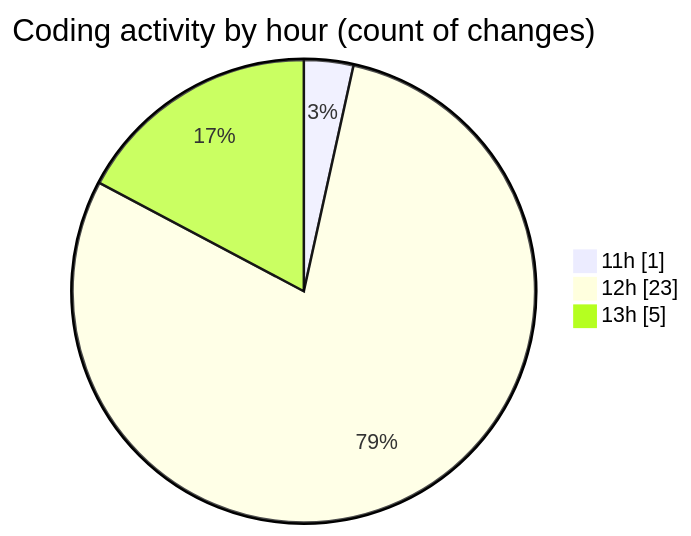
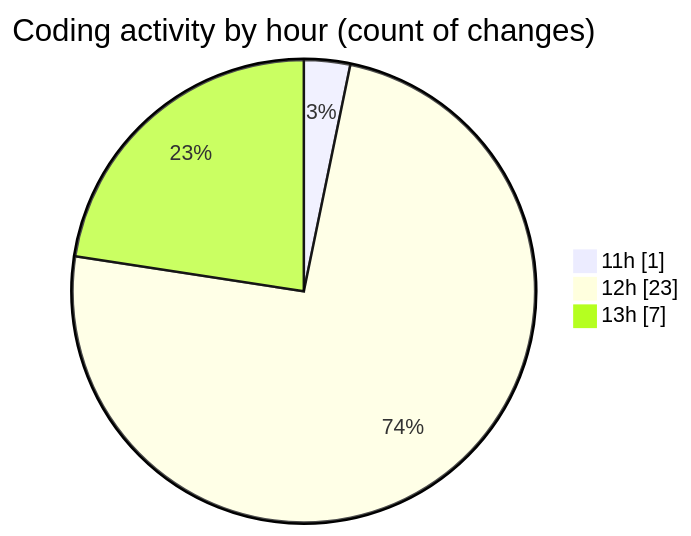
One commit to Elitesun/code-tracking changed the second of 2 diagrams in 2025-03-01/react_ecom/README.md. Above: the diagram before and after it, drawn with Mermaid. The commit also changed other lines of this file and 1 other file, not shown here.

````diff
--- a/2025-03-01/react_ecom/README.md
+++ b/2025-03-01/react_ecom/README.md
@@ -34,7 +34,7 @@
 ```mermaid
 pie showData
 title Coding activity by hour (count of changes)
 "11h" : 1
 "12h" : 23
-"13h" : 5
+"13h" : 7
 ```
````
